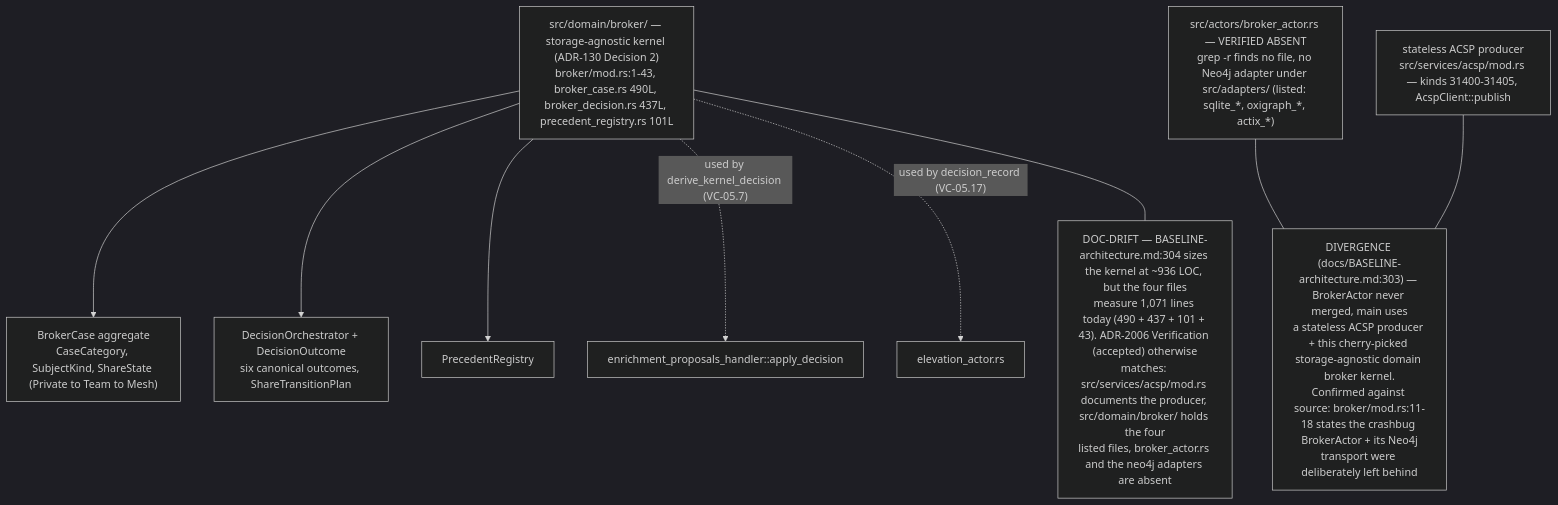
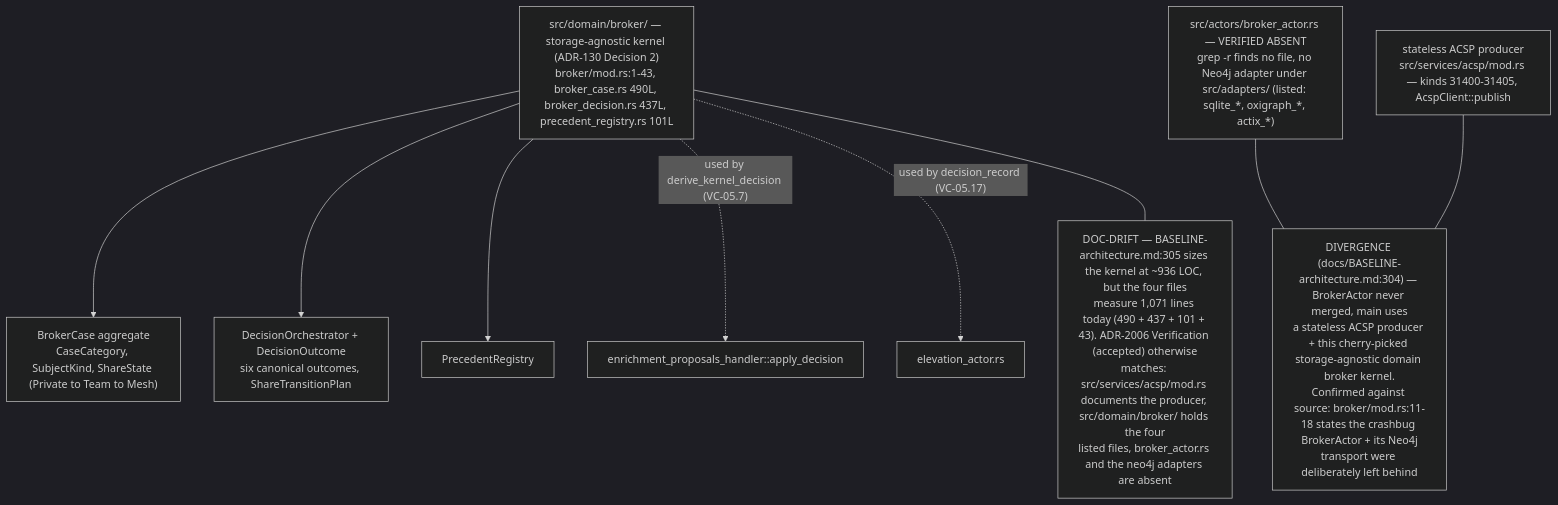
One commit to DreamLab-AI/VisionFlow changed diagram 15 of 15 in docs/diagrams/visionclaw/05-handlers-governance-and-identity.md. Above: the diagram before and after it, drawn with Mermaid (dark theme). The commit also changed other lines of this file and 151 other files, not shown here.

````diff
--- a/docs/diagrams/visionclaw/05-handlers-governance-and-identity.md
+++ b/docs/diagrams/visionclaw/05-handlers-governance-and-identity.md
@@ -792,19 +792,19 @@
 ```mermaid
 flowchart TB
     KERNEL["src/domain/broker/ — storage-agnostic kernel (ADR-130 Decision 2)<br/>broker/mod.rs:1-43, broker_case.rs 490L, broker_decision.rs 437L, precedent_registry.rs 101L"]
     BC["BrokerCase aggregate<br/>CaseCategory, SubjectKind, ShareState (Private to Team to Mesh)"]
     BD["DecisionOrchestrator + DecisionOutcome<br/>six canonical outcomes, ShareTransitionPlan"]
     PR["PrecedentRegistry"]
     KERNEL --> BC
     KERNEL --> BD
     KERNEL --> PR
     ACSP["stateless ACSP producer<br/>src/services/acsp/mod.rs — kinds 31400-31405, AcspClient::publish"]
     ABSENT["src/actors/broker_actor.rs — VERIFIED ABSENT<br/>grep -r finds no file, no Neo4j adapter under src/adapters/ (listed: sqlite_*, oxigraph_*, actix_*)"]
     KERNEL -.->|"used by derive_kernel_decision (VC-05.7)"| CALLER["enrichment_proposals_handler::apply_decision"]
     KERNEL -.->|"used by decision_record (VC-05.17)"| CALLER2["elevation_actor.rs"]
-    N1["DIVERGENCE (docs/BASELINE-architecture.md:303) — BrokerActor never merged, main uses<br/>a stateless ACSP producer + this cherry-picked storage-agnostic domain broker kernel.<br/>Confirmed against source: broker/mod.rs:11-18 states the crashbug BrokerActor + its Neo4j<br/>transport were deliberately left behind"]
+    N1["DIVERGENCE (docs/BASELINE-architecture.md:304) — BrokerActor never merged, main uses<br/>a stateless ACSP producer + this cherry-picked storage-agnostic domain broker kernel.<br/>Confirmed against source: broker/mod.rs:11-18 states the crashbug BrokerActor + its Neo4j<br/>transport were deliberately left behind"]
     ABSENT --- N1
     ACSP --- N1
-    N2["DOC-DRIFT — BASELINE-architecture.md:304 sizes the kernel at ~936 LOC, but the four files<br/>measure 1,071 lines today (490 + 437 + 101 + 43). ADR-2006 Verification (accepted) otherwise<br/>matches: src/services/acsp/mod.rs documents the producer, src/domain/broker/ holds the four<br/>listed files, broker_actor.rs and the neo4j adapters are absent"]
+    N2["DOC-DRIFT — BASELINE-architecture.md:305 sizes the kernel at ~936 LOC, but the four files<br/>measure 1,071 lines today (490 + 437 + 101 + 43). ADR-2006 Verification (accepted) otherwise<br/>matches: src/services/acsp/mod.rs documents the producer, src/domain/broker/ holds the four<br/>listed files, broker_actor.rs and the neo4j adapters are absent"]
     KERNEL --- N2
 ```
````
